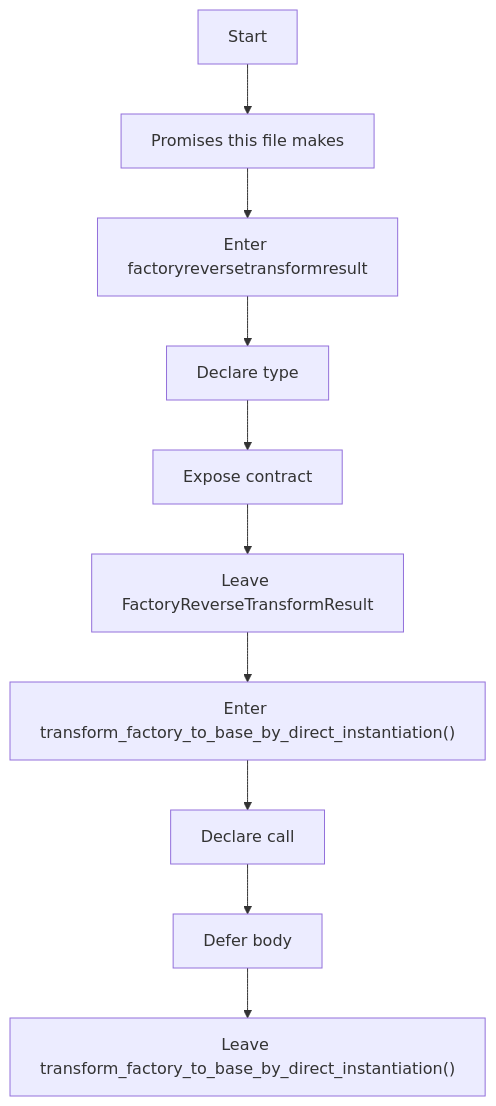
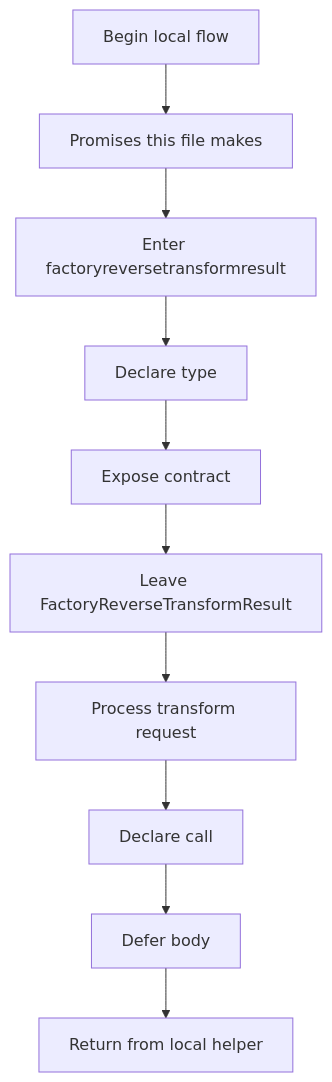
The first of 4 diagrams in docs/Codebase/Microservice/Modules/Header/SyntacticBrokenAST/Analysis/Patterns/Creational/Transform/FactoryReverse/core.hpp.md (JohnAndrewBalbarosa/NeoTerritory), drawn with Mermaid before and after one commit. The commit also changed other lines of this file and 925 other files, not shown here.

````diff
--- a/docs/Codebase/Microservice/Modules/Header/SyntacticBrokenAST/Analysis/Patterns/Creational/Transform/FactoryReverse/core.hpp.md
+++ b/docs/Codebase/Microservice/Modules/Header/SyntacticBrokenAST/Analysis/Patterns/Creational/Transform/FactoryReverse/core.hpp.md
@@ -30,22 +29,22 @@
 ```mermaid
 flowchart TD
-    N0["Start"]
+    N0["Begin local flow"]
     N1["Promises this file makes"]
     N2["Enter factoryreversetransformresult"]
     N3["Declare type"]
     N4["Expose contract"]
     N5["Leave FactoryReverseTransformResult"]
-    N6["Enter transform_factory_to_base_by_direct_instantiation()"]
+    N6["Process transform request"]
     N7["Declare call"]
     N8["Defer body"]
-    N9["Leave transform_factory_to_base_by_direct_instantiation()"]
+    N9["Return from local helper"]
     N0 --> N1
     N1 --> N2
     N2 --> N3
     N3 --> N4
     N4 --> N5
     N5 --> N6
     N6 --> N7
     N7 --> N8
     N8 --> N9
 ```
````
